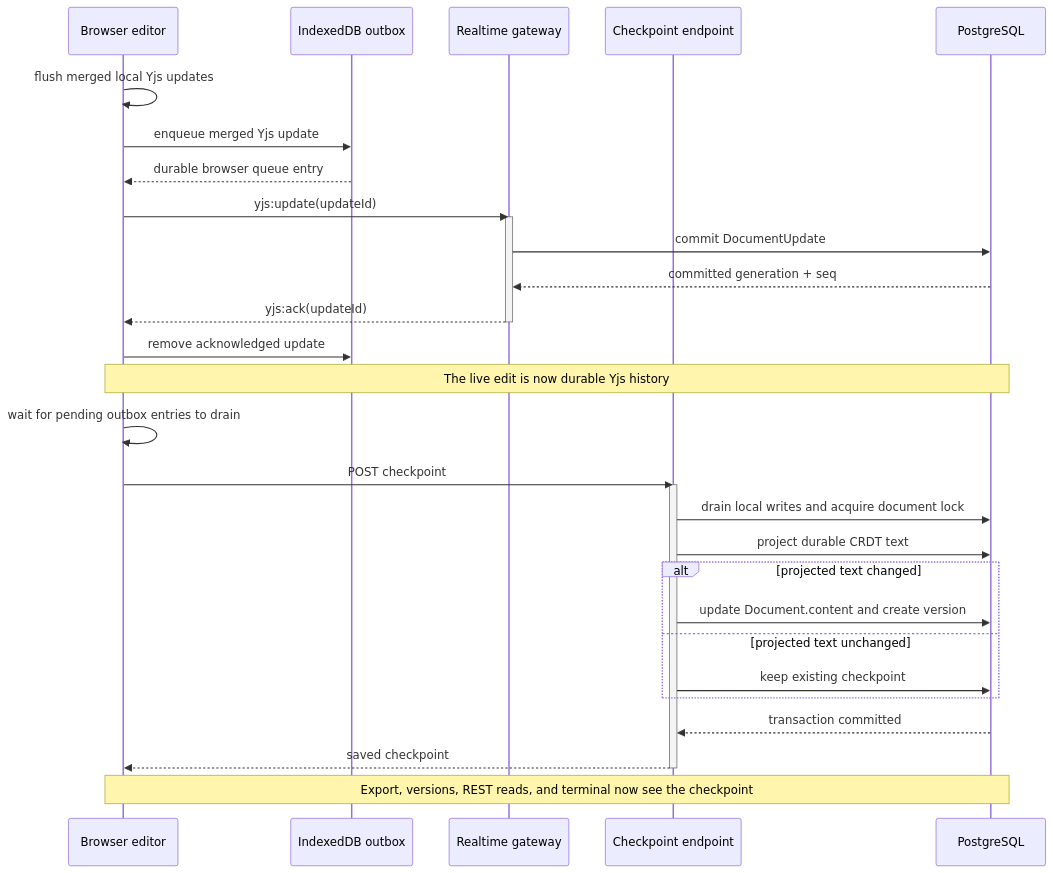
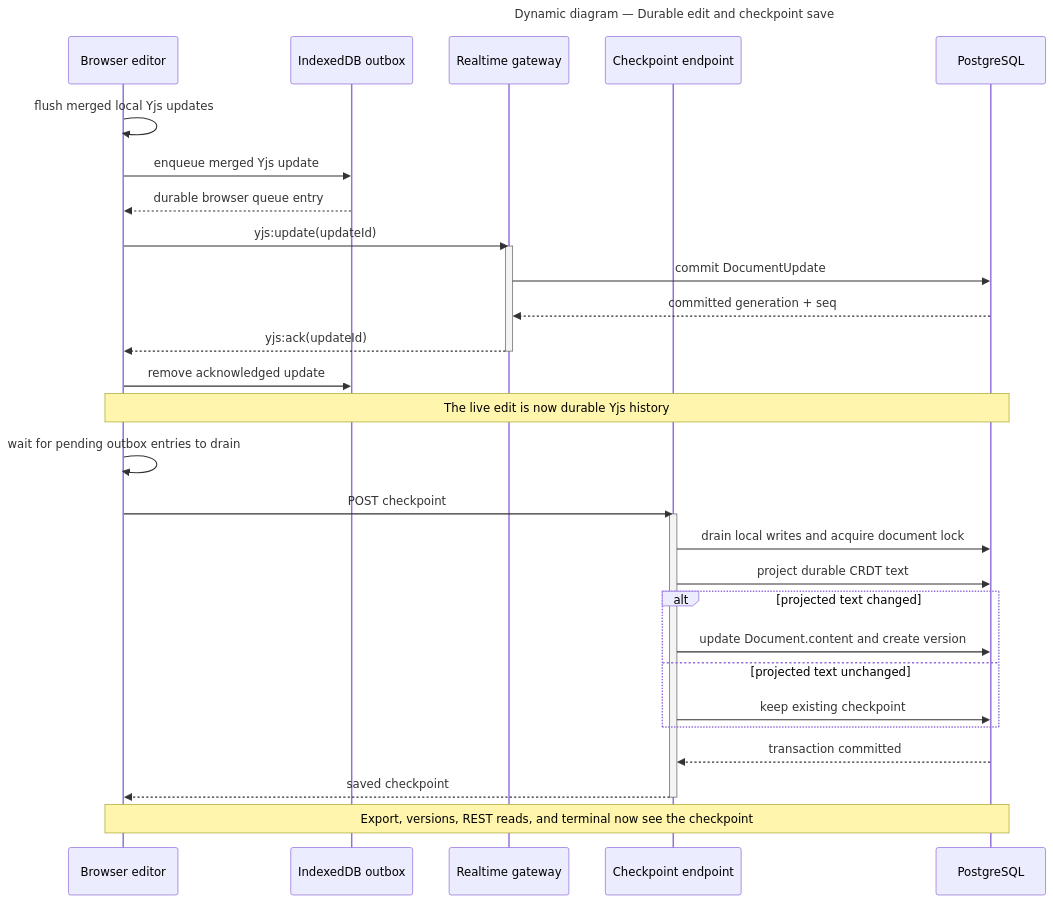
One commit to santinomarial/Meridian changed the diagram in docs/diagrams/source/document-save.mmd. Above: the diagram before and after it, drawn with Mermaid. The commit also changed 62 other files, not shown here.

Commit message:
Perfect architecture diagrams and sizing

```diff
--- a/docs/diagrams/source/document-save.mmd
+++ b/docs/diagrams/source/document-save.mmd
@@ -1,33 +1,36 @@
+---
+title: Dynamic diagram — Durable edit and checkpoint save
+---
 sequenceDiagram
     participant Editor as Browser editor
     participant Outbox as IndexedDB outbox
     participant Realtime as Realtime gateway
     participant REST as Checkpoint endpoint
     participant PG as PostgreSQL
 
     Editor->>Editor: flush merged local Yjs updates
     Editor->>Outbox: enqueue merged Yjs update
     Outbox-->>Editor: durable browser queue entry
     Editor->>Realtime: yjs:update(updateId)
     activate Realtime
     Realtime->>PG: commit DocumentUpdate
     PG-->>Realtime: committed generation + seq
     Realtime-->>Editor: yjs:ack(updateId)
     deactivate Realtime
     Editor->>Outbox: remove acknowledged update
     Note over Editor,PG: The live edit is now durable Yjs history
 
     Editor->>Editor: wait for pending outbox entries to drain
     Editor->>REST: POST checkpoint
     activate REST
     REST->>PG: drain local writes and acquire document lock
     REST->>PG: project durable CRDT text
     alt projected text changed
         REST->>PG: update Document.content and create version
     else projected text unchanged
         REST->>PG: keep existing checkpoint
     end
     PG-->>REST: transaction committed
     REST-->>Editor: saved checkpoint
     deactivate REST
     Note over Editor,PG: Export, versions, REST reads, and terminal now see the checkpoint
```
